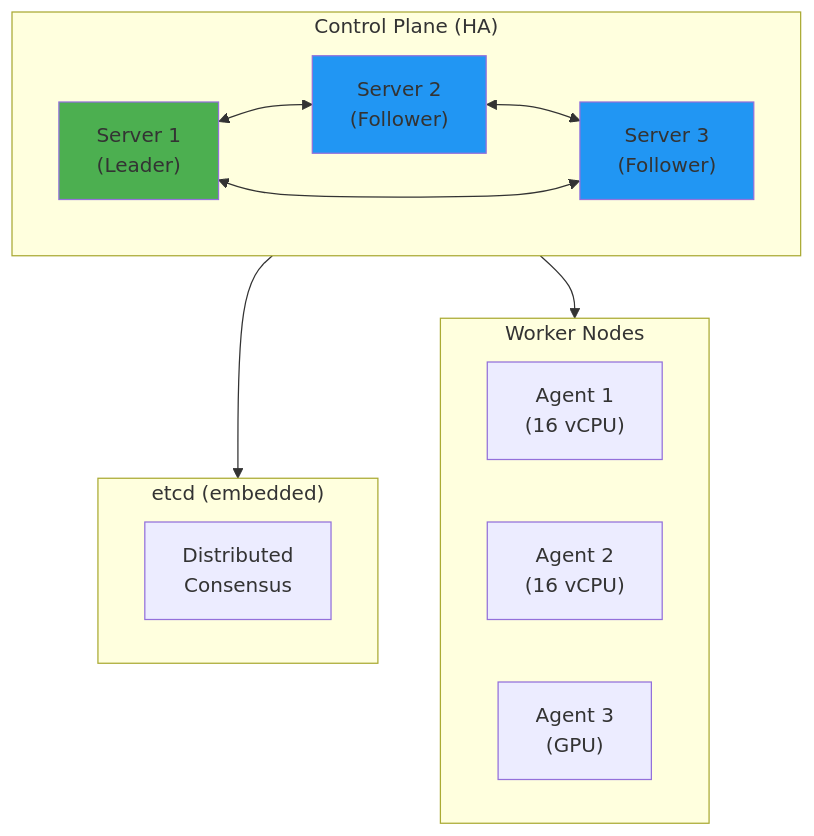
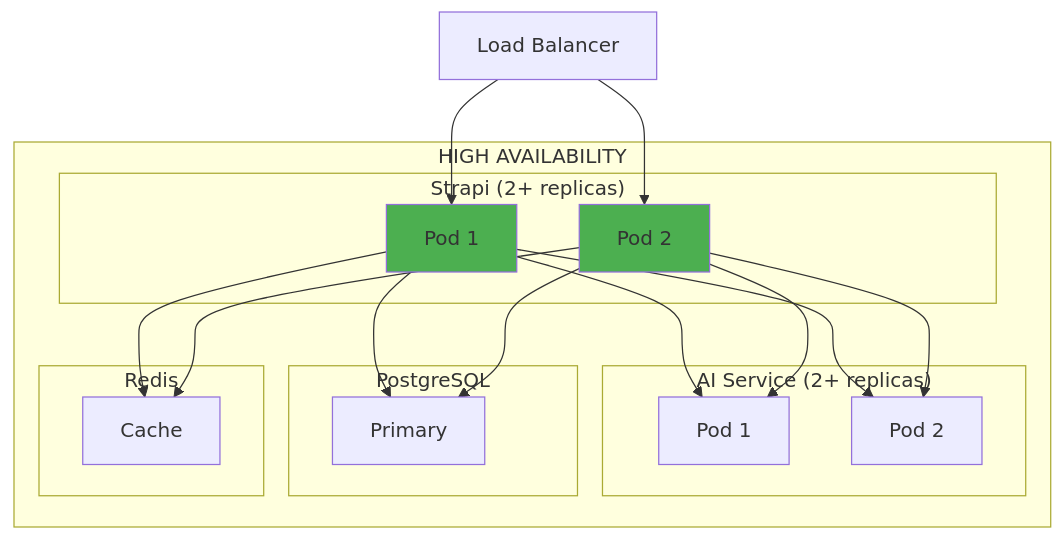
The seventh of 9 diagrams in DevOps/01-Product/03-Capabilities.md (PearlThoughtsInternship/Internship-Obsidian-Vault), drawn with Mermaid before and after one commit. The commit also changed other lines of this file and 1 other file, not shown here.

First line of the commit message:
Rewrite Capabilities and Target Architecture with ContentAI focus

````diff
--- a/DevOps/01-Product/03-Capabilities.md
+++ b/DevOps/01-Product/03-Capabilities.md
@@ -108,29 +233,30 @@
 ```mermaid
 flowchart TB
-    subgraph ControlPlane["Control Plane (HA)"]
-        S1["Server 1<br/>(Leader)"]
-        S2["Server 2<br/>(Follower)"]
-        S3["Server 3<br/>(Follower)"]
+    subgraph HA["HIGH AVAILABILITY"]
+        subgraph Strapi["Strapi (2+ replicas)"]
+            S1["Pod 1"]
+            S2["Pod 2"]
+        end
 
-        S1 <--> S2
-        S2 <--> S3
-        S3 <--> S1
+        subgraph AI["AI Service (2+ replicas)"]
+            A1["Pod 1"]
+            A2["Pod 2"]
+        end
+
+        subgraph DB["PostgreSQL"]
+            PG["Primary"]
+        end
+
+        subgraph Cache["Redis"]
+            R["Cache"]
+        end
     end
 
-    subgraph Etcd["etcd (embedded)"]
-        E["Distributed<br/>Consensus"]
-    end
-
-    subgraph Workers["Worker Nodes"]
-        A1["Agent 1<br/>(16 vCPU)"]
-        A2["Agent 2<br/>(16 vCPU)"]
-        A3["Agent 3<br/>(GPU)"]
-    end
-
-    ControlPlane --> Etcd
-    ControlPlane --> Workers
+    LB["Load Balancer"] --> S1 & S2
+    S1 & S2 --> A1 & A2
+    S1 & S2 --> PG
+    S1 & S2 --> R
 
     style S1 fill:#4CAF50
-    style S2 fill:#2196F3
-    style S3 fill:#2196F3
+    style S2 fill:#4CAF50
 ```
````
